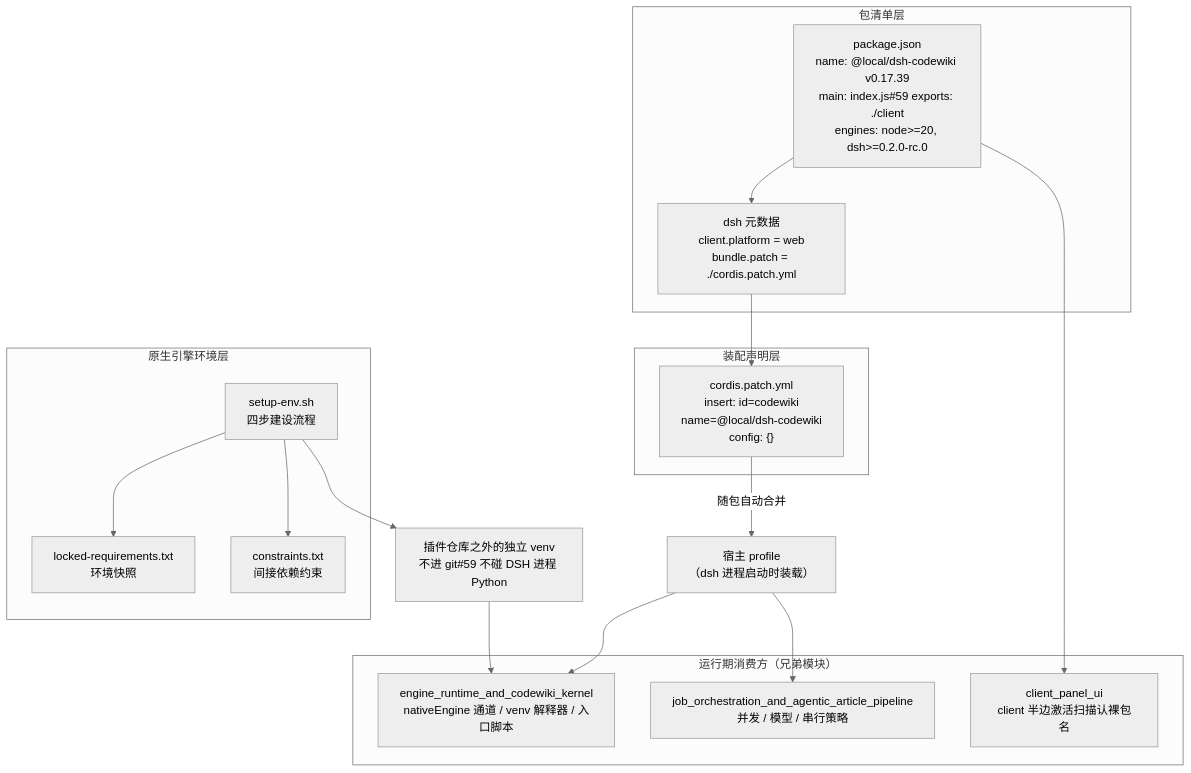
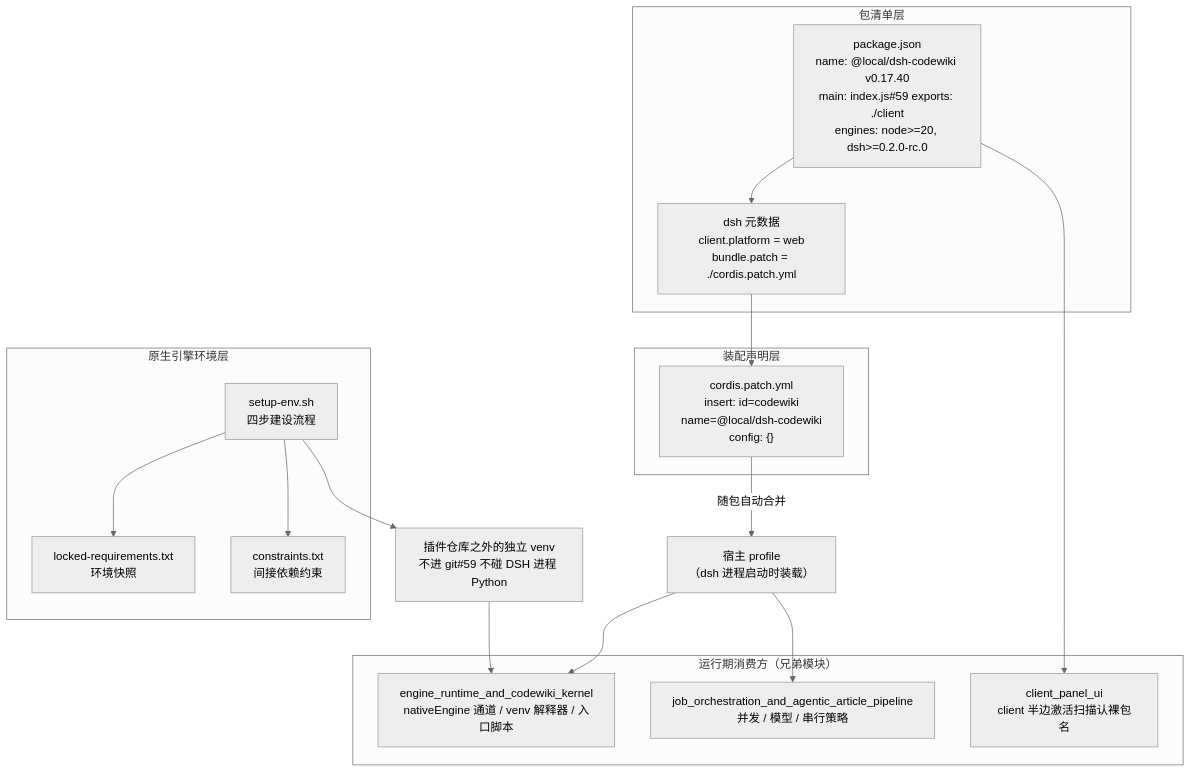
One commit to ikliml666/dsh-codewiki changed the first of 3 diagrams in .codewiki/modules/build-and-configuration.md. Above: the diagram before and after it, drawn with Mermaid (neutral theme). The commit also changed other lines of this file and 15 other files, not shown here.

````diff
--- a/.codewiki/modules/build-and-configuration.md
+++ b/.codewiki/modules/build-and-configuration.md
@@ -28,35 +28,35 @@
 ```mermaid
 flowchart TB
     subgraph PKG["包清单层"]
-        PJ["package.json<br/>name: @local/dsh-codewiki v0.17.39<br/>main: index.js#59 exports: ./client<br/>engines: node>=20, dsh>=0.2.0-rc.0"]
+        PJ["package.json<br/>name: @local/dsh-codewiki v0.17.40<br/>main: index.js#59 exports: ./client<br/>engines: node>=20, dsh>=0.2.0-rc.0"]
         DSHMETA["dsh 元数据<br/>client.platform = web<br/>bundle.patch = ./cordis.patch.yml"]
     end
 
     subgraph PATCH["装配声明层"]
         CP["cordis.patch.yml<br/>insert: id=codewiki<br/>name=@local/dsh-codewiki<br/>config: {}"]
     end
 
     subgraph ENV["原生引擎环境层"]
         SH["setup-env.sh<br/>四步建设流程"]
         LOCK["locked-requirements.txt<br/>环境快照"]
         CON["constraints.txt<br/>间接依赖约束"]
     end
 
     subgraph RUNTIME["运行期消费方（兄弟模块）"]
         ENG["engine_runtime_and_codewiki_kernel<br/>nativeEngine 通道 / venv 解释器 / 入口脚本"]
         JOB["job_orchestration_and_agentic_article_pipeline<br/>并发 / 模型 / 串行策略"]
         UI["client_panel_ui<br/>client 半边激活扫描认裸包名"]
     end
 
     PJ --> DSHMETA
     DSHMETA --> CP
     CP -->|"随包自动合并"| PROFILE["宿主 profile<br/>（dsh 进程启动时装载）"]
     SH --> LOCK
     SH --> CON
     SH --> VENV["插件仓库之外的独立 venv<br/>不进 git#59 不碰 DSH 进程 Python"]
 
     PROFILE --> JOB
     PROFILE --> ENG
     VENV --> ENG
     PJ --> UI
 ```
````
